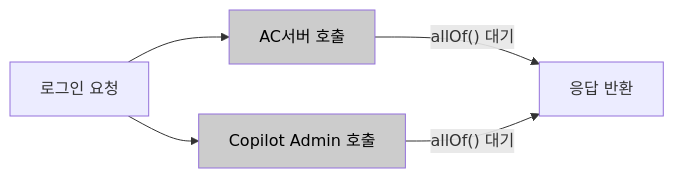
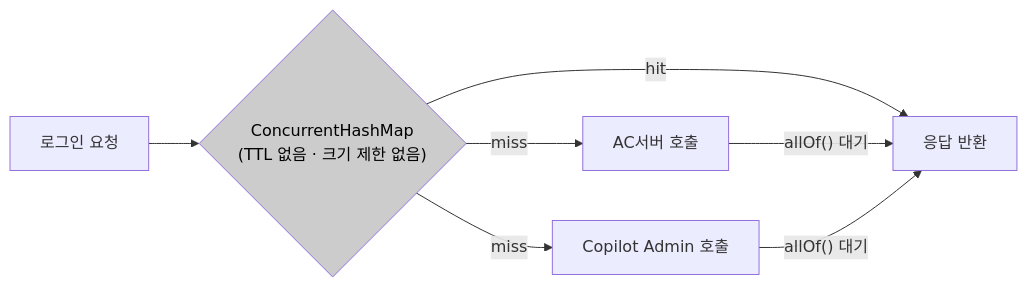
Before and after one commit to sujinnkim/A_Personal: the first of 4 diagrams in docs/04-architecture-analysis/3.2-problem-analysis-and-strategy/AS-03-외부권한조회다층캐시적용.md, drawn with Mermaid. The commit also changed other lines of this file and 1 other file, not shown here.

First line of the commit message:
docs: AS-03 AS-IS 서술 교정 — ConcurrentHashMap 이미 사용 중 반영

````diff
--- a/docs/04-architecture-analysis/3.2-problem-analysis-and-strategy/AS-03-외부권한조회다층캐시적용.md
+++ b/docs/04-architecture-analysis/3.2-problem-analysis-and-strategy/AS-03-외부권한조회다층캐시적용.md
@@ -32,8 +34,9 @@
 ```mermaid
 flowchart LR
-    REQ["로그인 요청"] --> AC["AC서버 호출"]
-    REQ --> CP["Copilot Admin 호출"]
-    AC & CP -->|"allOf() 대기"| RESP["응답 반환"]
-    style AC fill:#cccccc,color:#000
-    style CP fill:#cccccc,color:#000
+    REQ["로그인 요청"] --> CHM{"ConcurrentHashMap\n(TTL 없음 · 크기 제한 없음)"}
+    CHM -->|"hit"| RESP["응답 반환"]
+    CHM -->|"miss"| AC["AC서버 호출"]
+    CHM -->|"miss"| CP["Copilot Admin 호출"]
+    AC & CP -->|"allOf() 대기"| RESP
+    style CHM fill:#cccccc,color:#000
 ```
````
